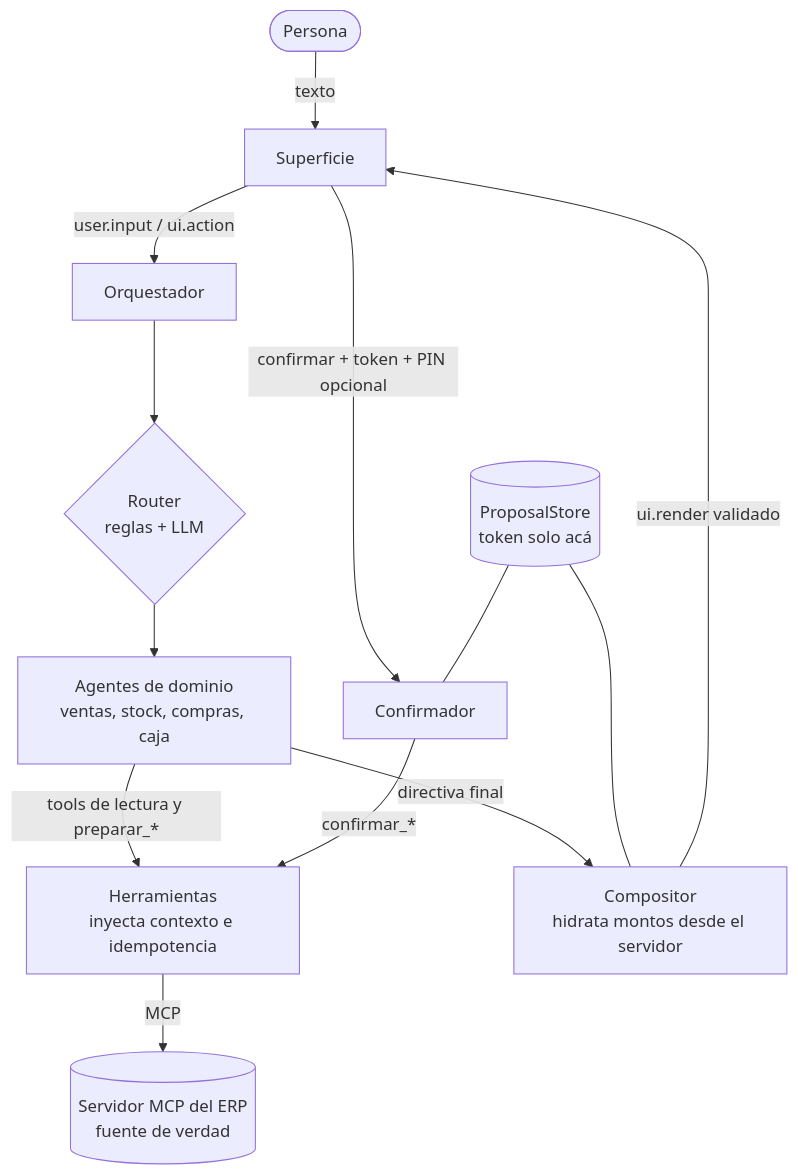
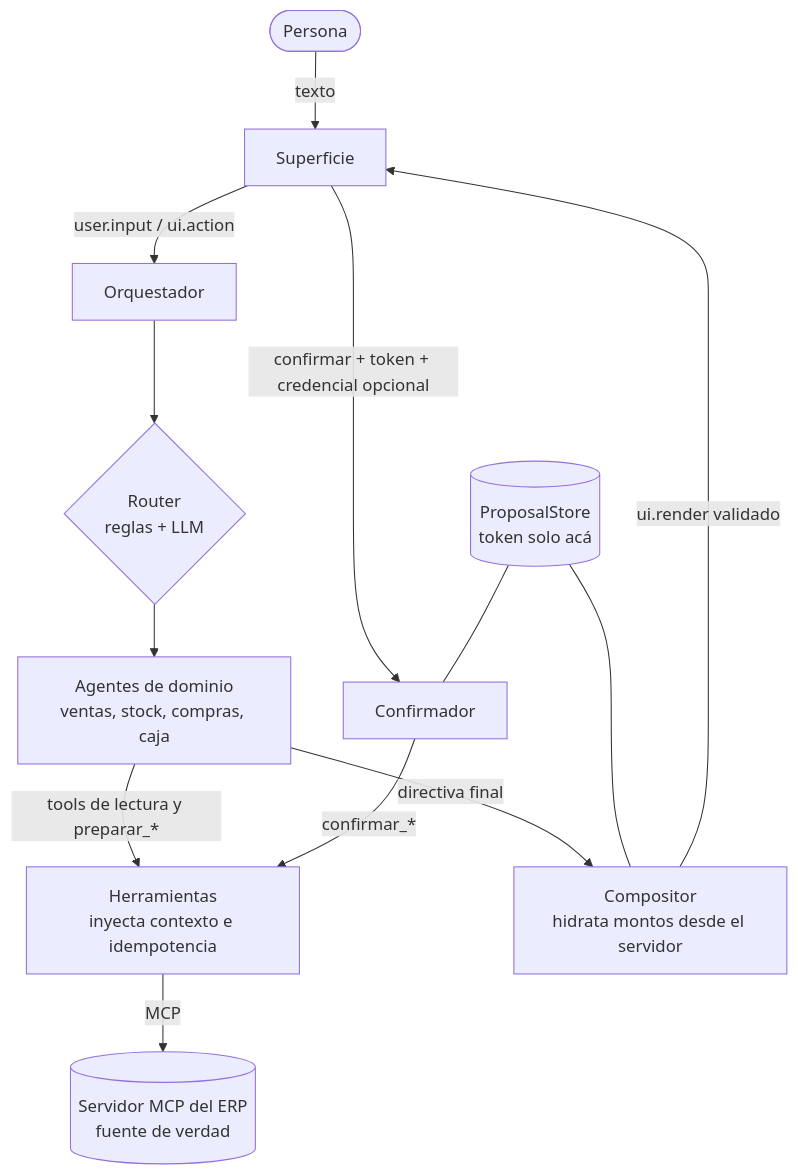
Before and after one commit to alvarezleonardo/agentic-erp-core: the diagram in README.md, drawn with Mermaid. The commit also changed other lines of this file and 37 other files, not shown here.

````diff
--- a/README.md
+++ b/README.md
@@ -53,15 +53,15 @@
 ```mermaid
 flowchart TB
     P([Persona]) -->|texto| S[Superficie]
     S -->|user.input / ui.action| O[Orquestador]
     O --> R{Router<br/>reglas + LLM}
     R --> A[Agentes de dominio<br/>ventas, stock, compras, caja]
     A -->|tools de lectura y preparar_*| H[Herramientas<br/>inyecta contexto e idempotencia]
     H -->|MCP| E[(Servidor MCP del ERP<br/>fuente de verdad)]
     A -->|directiva final| C[Compositor<br/>hidrata montos desde el servidor]
     C -->|ui.render validado| S
-    S -->|confirmar + token + PIN opcional| F[Confirmador]
+    S -->|confirmar + token + credencial opcional| F[Confirmador]
     F -->|confirmar_*| H
     PS[(ProposalStore<br/>token solo acá)] --- C
     PS --- F
 ```
````
